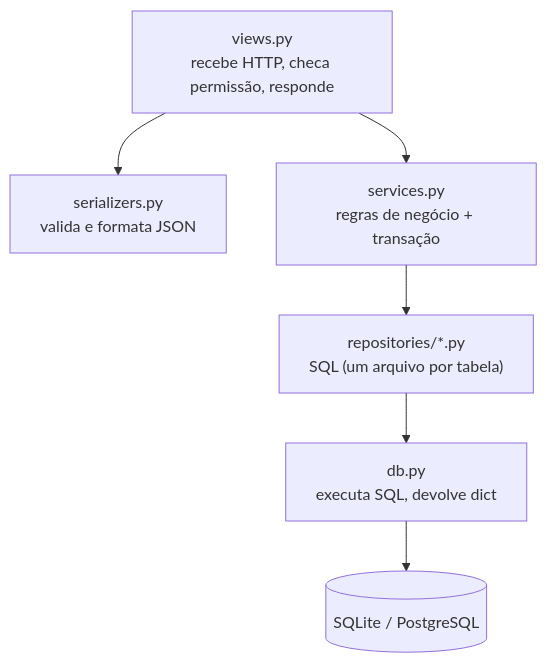
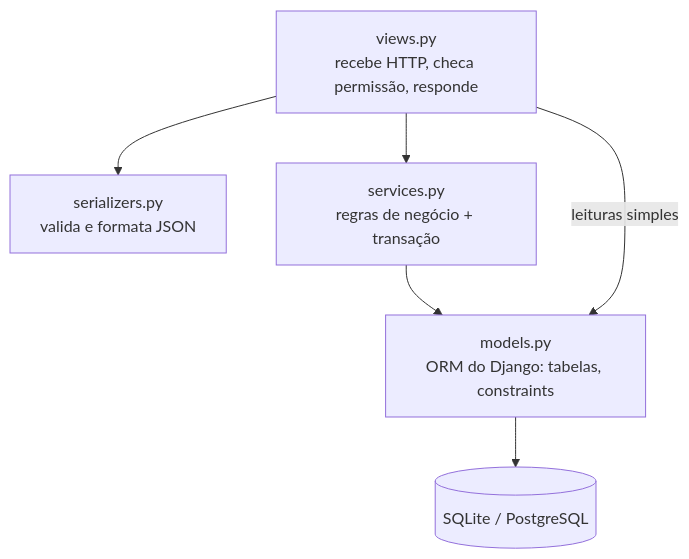
Before and after one commit to Luizzzz28/PI---EasyCar_Luiz-Barbiana-Yandra: the first of 2 diagrams in docs/padroes-de-codigo.md, drawn with Mermaid. The commit also changed other lines of this file and 26 other files, not shown here.

First line of the commit message:
Usa o ORM do Django na camada de banco

````diff
--- a/docs/padroes-de-codigo.md
+++ b/docs/padroes-de-codigo.md
@@ -5,8 +5,8 @@
 ```mermaid
 flowchart TD
     V["views.py<br/>recebe HTTP, checa permissão, responde"] --> S["serializers.py<br/>valida e formata JSON"]
     V --> SV["services.py<br/>regras de negócio + transação"]
-    SV --> R["repositories/*.py<br/>SQL (um arquivo por tabela)"]
-    R --> DB["db.py<br/>executa SQL, devolve dict"]
-    DB --> BANCO[("SQLite / PostgreSQL")]
+    SV --> M["models.py<br/>ORM do Django: tabelas, constraints"]
+    V -->|"leituras simples"| M
+    M --> BANCO[("SQLite / PostgreSQL")]
 ```
````
